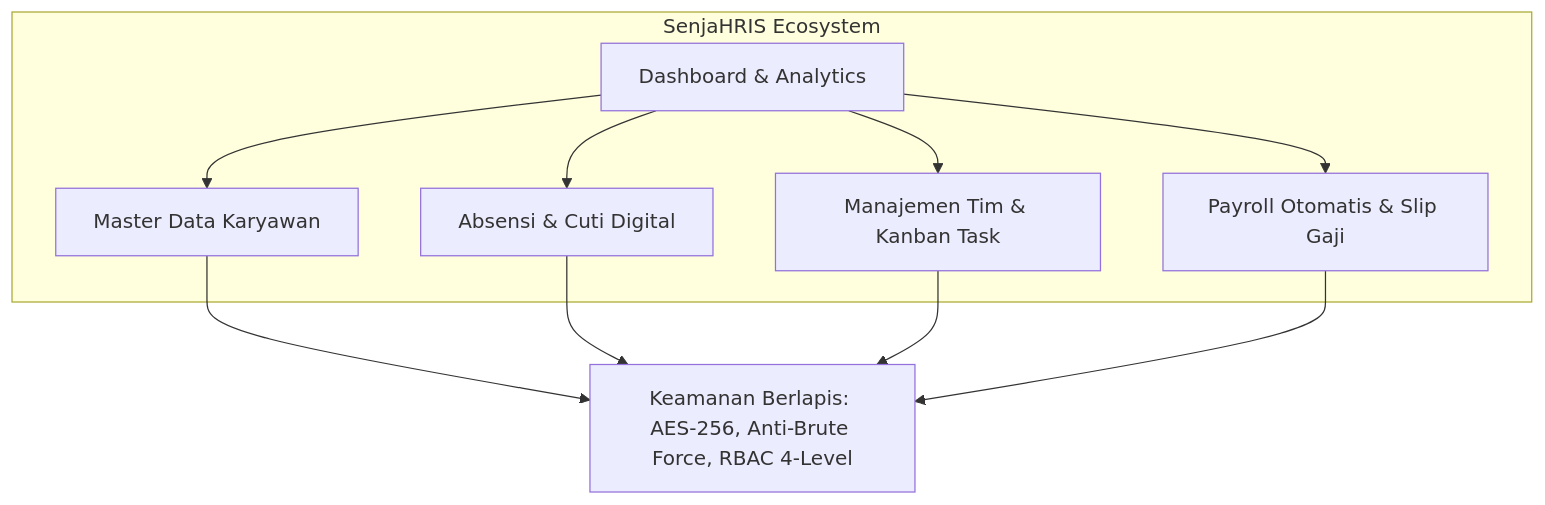
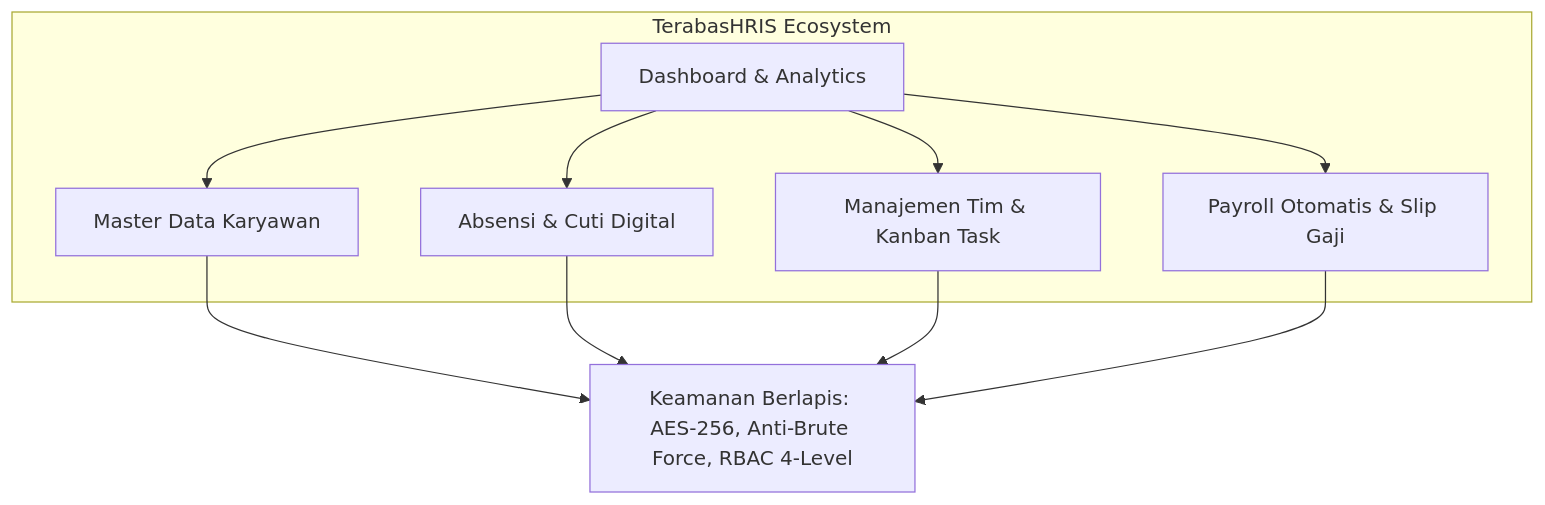
The diagram in report/PROPOSAL_PENAWARAN_HRIS.md (Icankkkk/hris_app), drawn with Mermaid before and after one commit. The commit also changed other lines of this file and 12 other files, not shown here.

Commit message:
feat: rebrand system name from SenjaHRIS to TerabasHRIS across UI, PDF generator, and business documentation

````diff
--- a/report/PROPOSAL_PENAWARAN_HRIS.md
+++ b/report/PROPOSAL_PENAWARAN_HRIS.md
@@ -17,13 +17,13 @@
 ```mermaid
 graph TD
-    subgraph SenjaHRIS Ecosystem
+    subgraph TerabasHRIS Ecosystem
         A[Dashboard & Analytics] --> B[Master Data Karyawan]
         A --> C[Absensi & Cuti Digital]
         A --> D[Manajemen Tim & Kanban Task]
         A --> E[Payroll Otomatis & Slip Gaji]
     end
     B --> SEC[Keamanan Berlapis: AES-256, Anti-Brute Force, RBAC 4-Level]
     C --> SEC
     D --> SEC
     E --> SEC
 ```
````
